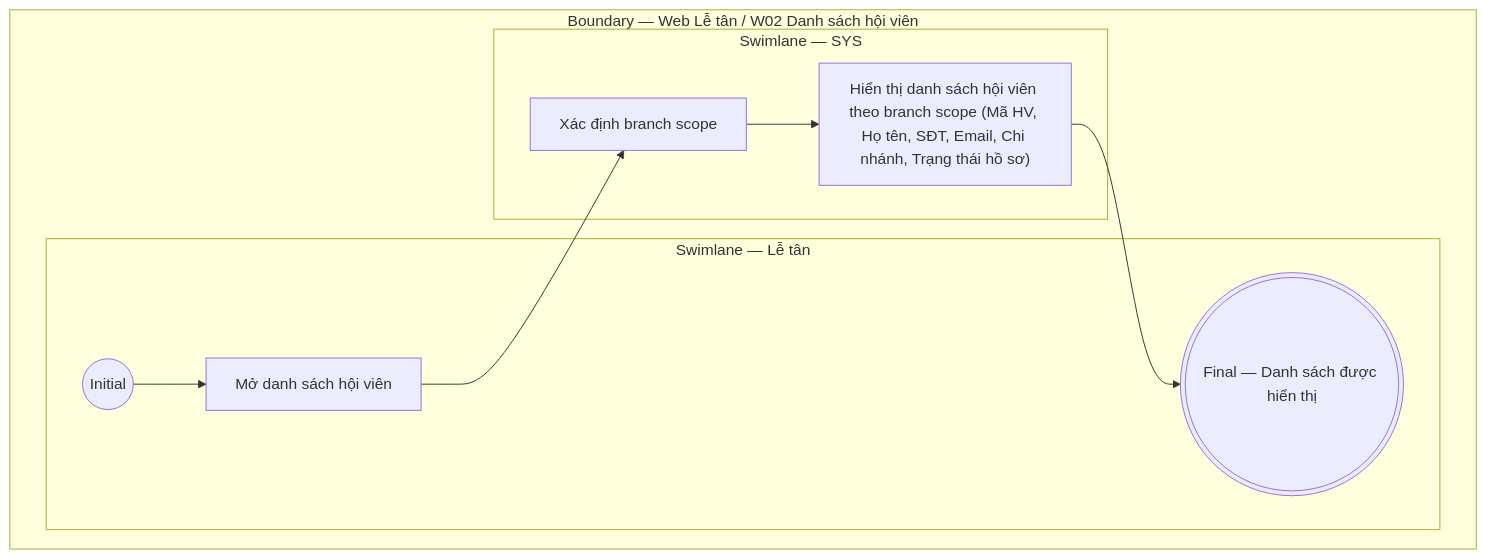
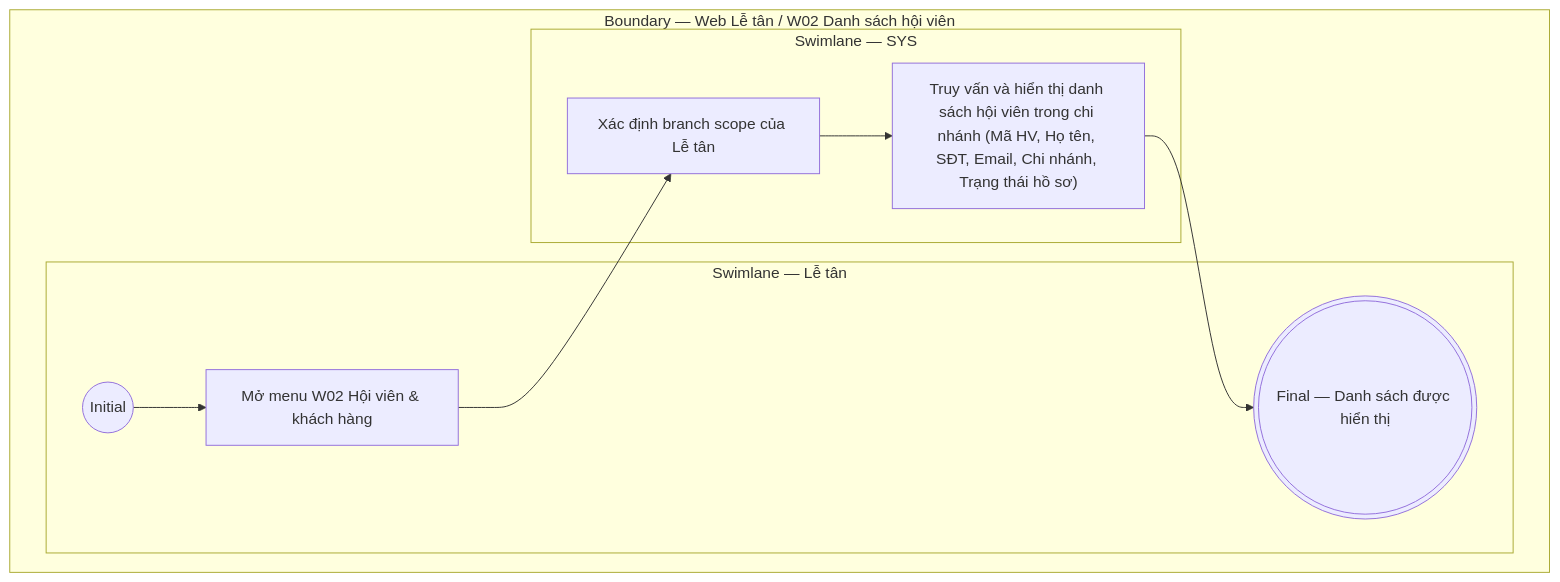
The diagram in docs/user-stories/le-tan/LT-W02-Hội viên & khách hàng/LT-W02-US04-Xem danh sách hội viên.md (ThachY-23120411/Paradise-Gym-v2), drawn with Mermaid before and after one commit. The commit also changed other lines of this file and 97 other files, not shown here.

````diff
--- a/docs/user-stories/le-tan/LT-W02-Hội viên & khách hàng/LT-W02-US04-Xem danh sách hội viên.md
+++ b/docs/user-stories/le-tan/LT-W02-Hội viên & khách hàng/LT-W02-US04-Xem danh sách hội viên.md
@@ -26,16 +40,16 @@
 ```mermaid
 flowchart TB
   subgraph B["Boundary — Web Lễ tân / W02 Danh sách hội viên"]
     subgraph L0["Swimlane — Lễ tân"]
       I01(("Initial"))
-      A01["Mở danh sách hội viên"]
+      A01["Mở menu W02 Hội viên & khách hàng"]
       F01((("Final — Danh sách được hiển thị")))
       I01 --> A01
     end
     subgraph L1["Swimlane — SYS"]
-      S01["Xác định branch scope"]
-      S02["Hiển thị danh sách hội viên theo branch scope (Mã HV, Họ tên, SĐT, Email, Chi nhánh, Trạng thái hồ sơ)"]
+      S01["Xác định branch scope của Lễ tân"]
+      S02["Truy vấn và hiển thị danh sách hội viên trong chi nhánh (Mã HV, Họ tên, SĐT, Email, Chi nhánh, Trạng thái hồ sơ)"]
       A01 --> S01 --> S02 --> F01
     end
   end
 ```
````
